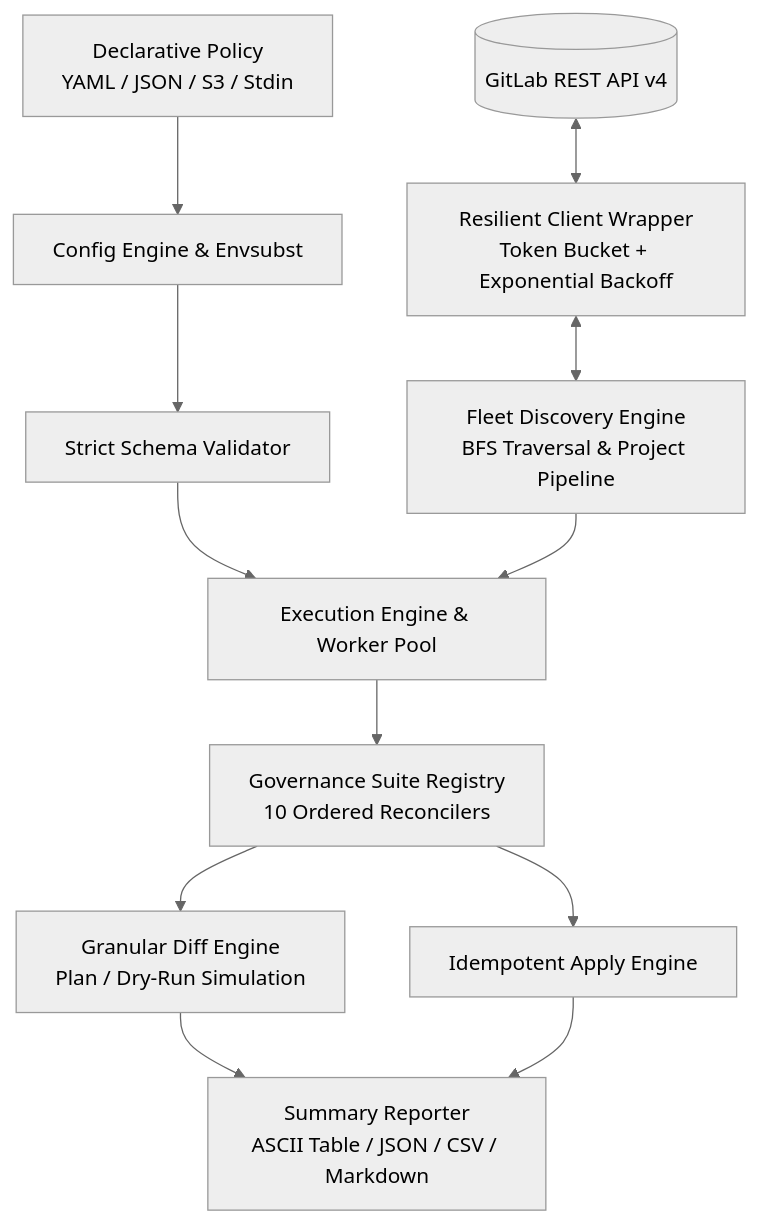
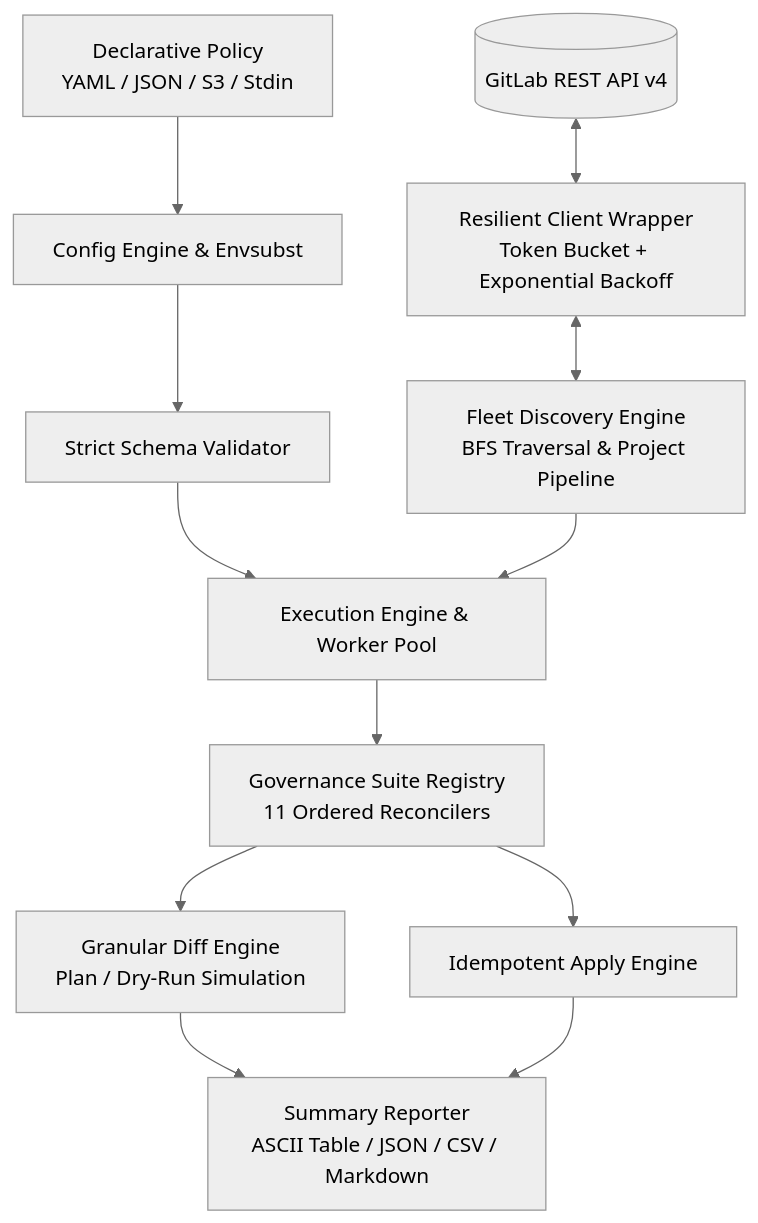
Before and after one commit to divmora/gitlab-fleet-governor: the diagram in docs/index.md, drawn with Mermaid (neutral theme). The commit also changed other lines of this file and 33 other files, not shown here.

````diff
--- a/docs/index.md
+++ b/docs/index.md
@@ -41,18 +42,18 @@
 ```mermaid
 flowchart TD
     Config[Declarative Policy<br/>YAML / JSON / S3 / Stdin] --> Loader[Config Engine & Envsubst]
     Loader --> Validator[Strict Schema Validator]
     Validator --> Engine[Execution Engine & Worker Pool]
     
     GitLab[(GitLab REST API v4)] <--> Client[Resilient Client Wrapper<br/>Token Bucket + Exponential Backoff]
     Client <--> Discovery[Fleet Discovery Engine<br/>BFS Traversal & Project Pipeline]
     
     Discovery --> Engine
-    Engine --> Reconciler[Governance Suite Registry<br/>10 Ordered Reconcilers]
+    Engine --> Reconciler[Governance Suite Registry<br/>11 Ordered Reconcilers]
     
     Reconciler --> Diff[Granular Diff Engine<br/>Plan / Dry-Run Simulation]
     Reconciler --> Mutator[Idempotent Apply Engine]
     
     Diff --> Reporter[Summary Reporter<br/>ASCII Table / JSON / CSV / Markdown]
     Mutator --> Reporter
 ```
````
